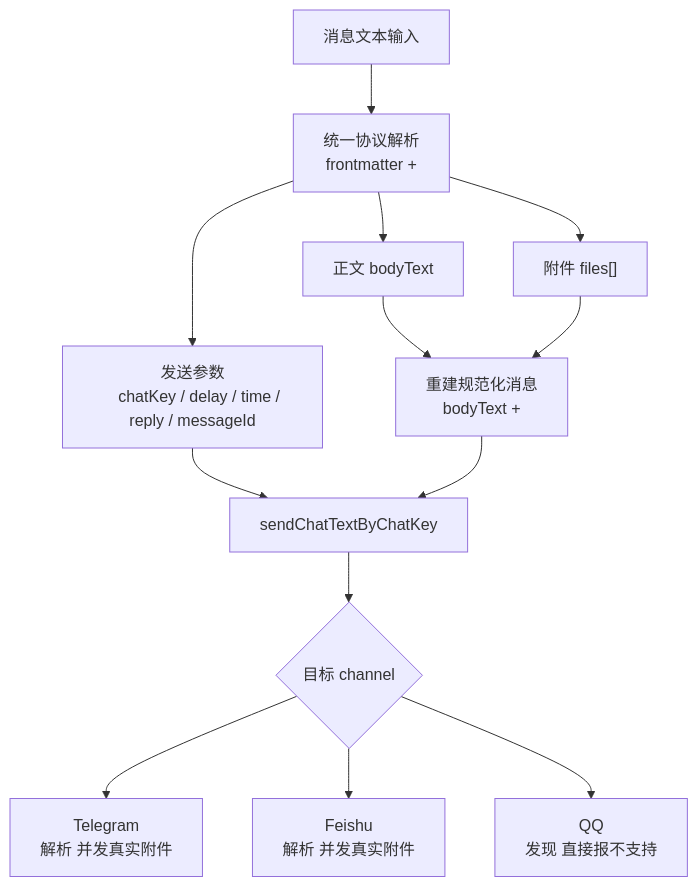
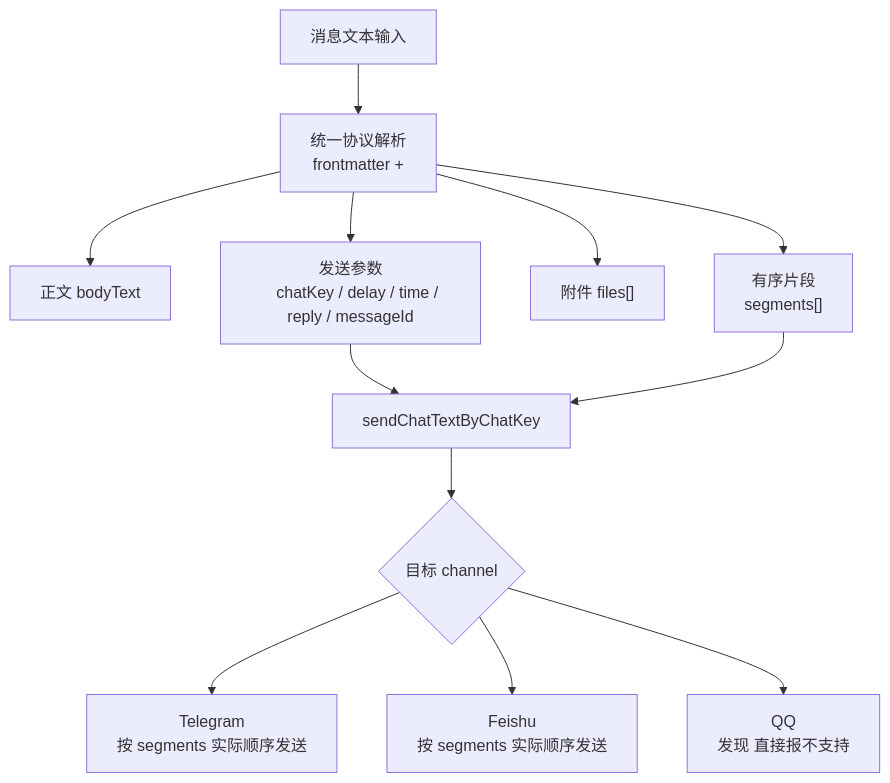
The first of 3 diagrams in docs/channel.mdx (wangenius/downcity), drawn with Mermaid before and after one commit. The commit also changed other lines of this file and 51 other files, not shown here.

````diff
--- a/docs/channel.mdx
+++ b/docs/channel.mdx
@@ -11,23 +16,22 @@
 ```mermaid
 flowchart TD
     A["消息文本输入"] --> B["统一协议解析
     frontmatter + <file>"]
     B --> C["正文 bodyText"]
     B --> D["发送参数
     chatKey / delay / time / reply / messageId"]
     B --> E["附件 files[]"]
+    B --> E2["有序片段
+    segments[]"]
 
     D --> F["sendChatTextByChatKey"]
-    C --> G["重建规范化消息
-    bodyText + <file>"]
-    E --> G
-    G --> F
+    E2 --> F
 
     F --> H{"目标 channel"}
     H --> I["Telegram
-    解析 <file> 并发真实附件"]
+    按 segments 实际顺序发送"]
     H --> J["Feishu
-    解析 <file> 并发真实附件"]
+    按 segments 实际顺序发送"]
     H --> K["QQ
     发现 <file> 直接报不支持"]
 ```
````
